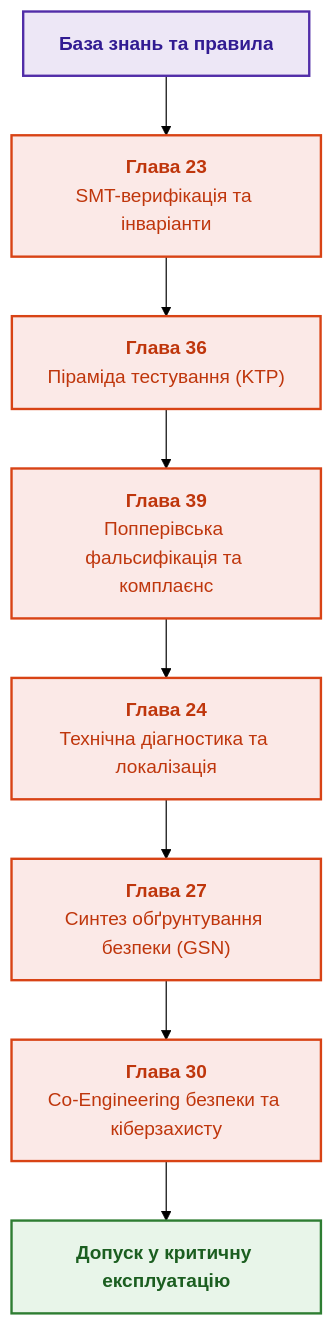
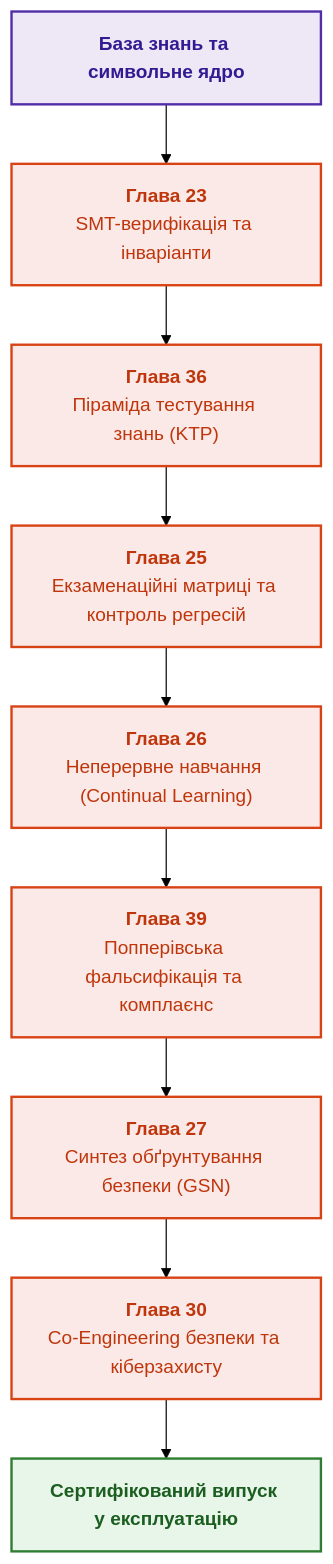
The diagram in ExpertSystem/part-05-verification-and-learning.md (nick-fedchik/articles), drawn with Mermaid (forest theme) before and after one commit. The commit also changed other lines of this file and 174 other files, not shown here.

````diff
--- a/ExpertSystem/part-05-verification-and-learning.md
+++ b/ExpertSystem/part-05-verification-and-learning.md
@@ -19,21 +19,22 @@
 ```mermaid
 flowchart TD
-    accTitle: Конвеєр верифікації, валідації та доказу безпеки (V&V)
-    accDescr: Від формальної верифікації та піраміди тестування через попперівський аудит до діагностики та обґрунтування безпеки.
+    accTitle: Конвеєр верифікації, навчання та доказу безпеки Частини V
+    accDescr: Від формальної верифікації та піраміди тестування через екзаменаційні матриці, неперервне навчання й попперівський аудит до GSN-сертифікації.
 
-    KB["<b>База знань та правила</b>"] --> VER["<b>Глава 23</b><br/>SMT-верифікація та інваріанти"]
-    VER --> TEST["<b>Глава 36</b><br/>Піраміда тестування (KTP)"]
-    TEST --> POPP["<b>Глава 39</b><br/>Попперівська фальсифікація та комплаєнс"]
-    POPP --> DIAG["<b>Глава 24</b><br/>Технічна діагностика та локалізація"]
-    DIAG --> GSN["<b>Глава 27</b><br/>Синтез обґрунтування безпеки (GSN)"]
+    KB["<b>База знань та символьне ядро</b>"] --> VER["<b>Глава 23</b><br/>SMT-верифікація та інваріанти"]
+    VER --> TEST["<b>Глава 36</b><br/>Піраміда тестування знань (KTP)"]
+    TEST --> EXAM["<b>Глава 25</b><br/>Екзаменаційні матриці та контроль регресій"]
+    EXAM --> CL["<b>Глава 26</b><br/>Неперервне навчання (Continual Learning)"]
+    CL --> POPP["<b>Глава 39</b><br/>Попперівська фальсифікація та комплаєнс"]
+    POPP --> GSN["<b>Глава 27</b><br/>Синтез обґрунтування безпеки (GSN)"]
     GSN --> COENG["<b>Глава 30</b><br/>Co-Engineering безпеки та кіберзахисту"]
-    COENG --> ACC["<b>Допуск у критичну експлуатацію</b>"]
+    COENG --> ACC["<b>Сертифікований випуск у експлуатацію</b>"]
 
     classDef proc fill:#fbe9e7,stroke:#d84315,stroke-width:2px,color:#bf360c;
     classDef base fill:#ede7f6,stroke:#512da8,stroke-width:2px,color:#311b92;
     classDef out fill:#e8f5e9,stroke:#2e7d32,stroke-width:2px,color:#1b5e20;
 
     class KB base;
-    class VER,TEST,POPP,DIAG,GSN,COENG proc;
+    class VER,TEST,EXAM,CL,POPP,GSN,COENG proc;
     class ACC out;
 ```
````
